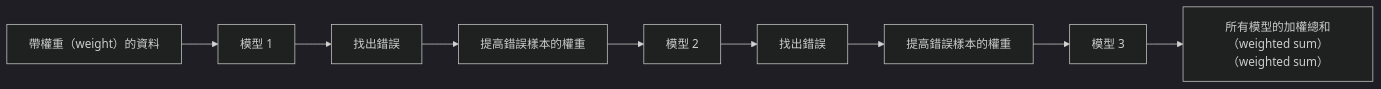
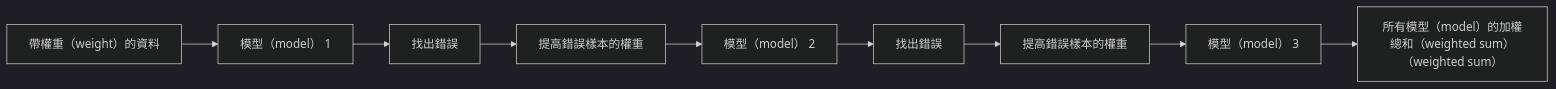
One commit to edward821220/ai-engineering-from-scratch changed the second of 3 diagrams in i18n/zh-TW/phases/02-ml-fundamentals/11-ensemble-methods/docs/zh-TW.md. Above: the diagram before and after it, drawn with Mermaid (dark theme). The commit also changed other lines of this file and 87 other files, not shown here.

````diff
--- a/i18n/zh-TW/phases/02-ml-fundamentals/11-ensemble-methods/docs/zh-TW.md
+++ b/i18n/zh-TW/phases/02-ml-fundamentals/11-ensemble-methods/docs/zh-TW.md
@@ -76,11 +76,11 @@
 ```mermaid
 flowchart LR
-    D[帶權重（weight）的資料] --> M1[模型 1]
+    D[帶權重（weight）的資料] --> M1[模型（model） 1]
     M1 --> E1[找出錯誤]
     E1 --> W1[提高錯誤樣本的權重]
-    W1 --> M2[模型 2]
+    W1 --> M2[模型（model） 2]
     M2 --> E2[找出錯誤]
     E2 --> W2[提高錯誤樣本的權重]
-    W2 --> M3[模型 3]
-    M3 --> F[所有模型的加權總和（weighted sum）（weighted sum）]
+    W2 --> M3[模型（model） 3]
+    M3 --> F[所有模型（model）的加權總和（weighted sum）（weighted sum）]
 ```
````
